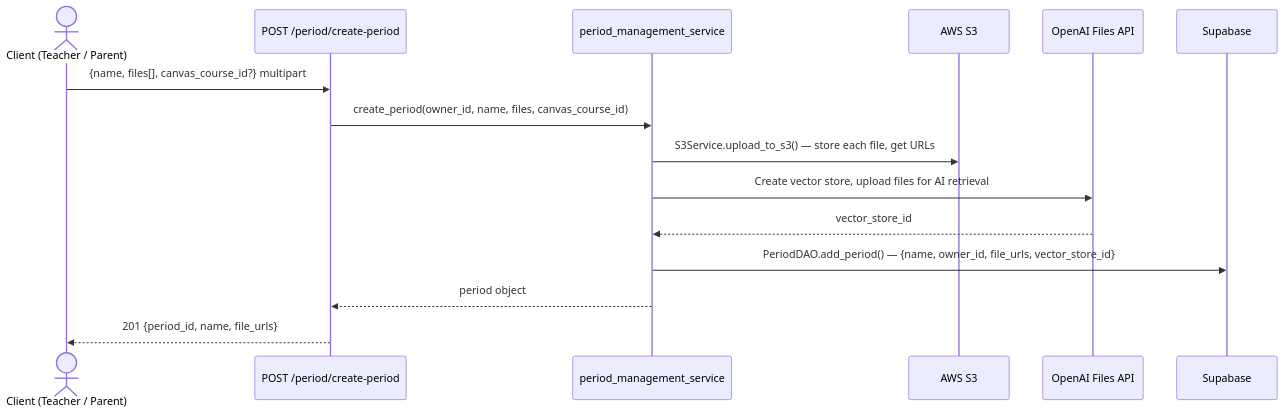
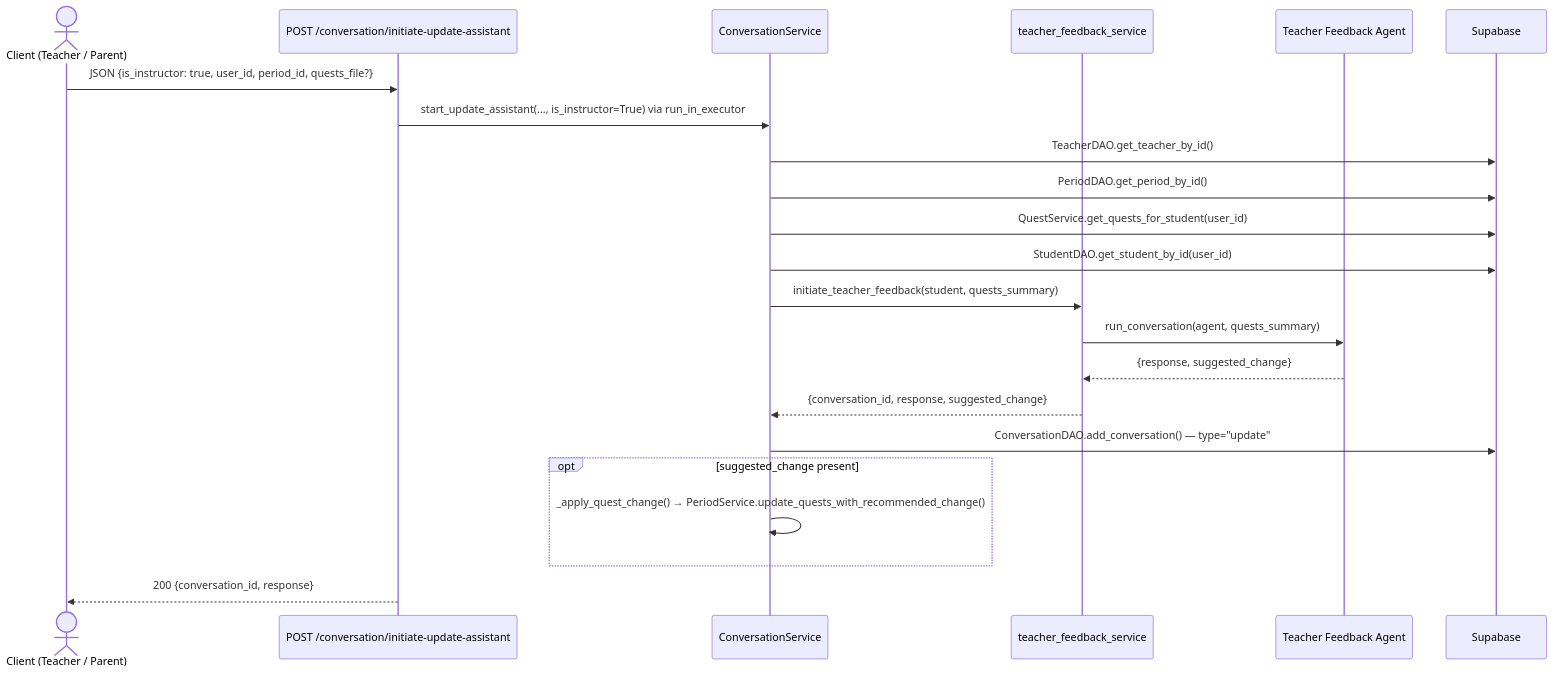
One commit to EduQuest-AI-Inc/eduquest-backend changed the ninth of 31 diagrams in ARCHITECTURE.md. Above: the diagram before and after it, drawn with Mermaid. The commit also changed other lines of this file and 8 other files, not shown here.

````diff
--- a/ARCHITECTURE.md
+++ b/ARCHITECTURE.md
@@ -291,18 +377,25 @@
 ```mermaid
 sequenceDiagram
     actor T as Client (Teacher / Parent)
-    participant R as POST /period/create-period
-    participant S as period_management_service
-    participant S3 as AWS S3
-    participant OAI as OpenAI Files API
+    participant R as POST /conversation/initiate-update-assistant
+    participant S as ConversationService
+    participant TFS as teacher_feedback_service
+    participant AI as Teacher Feedback Agent
     participant DB as Supabase
 
-    T->>R: {name, files[], canvas_course_id?}  multipart
-    R->>S: create_period(owner_id, name, files, canvas_course_id)
-    S->>S3: S3Service.upload_to_s3() — store each file, get URLs
-    S->>OAI: Create vector store, upload files for AI retrieval
-    OAI-->>S: vector_store_id
-    S->>DB: PeriodDAO.add_period()  — {name, owner_id, file_urls, vector_store_id}
-    S-->>R: period object
-    R-->>T: 201  {period_id, name, file_urls}
+    T->>R: JSON {is_instructor: true, user_id, period_id, quests_file?}
+    R->>S: start_update_assistant(..., is_instructor=True) via run_in_executor
+    S->>DB: TeacherDAO.get_teacher_by_id()
+    S->>DB: PeriodDAO.get_period_by_id()
+    S->>DB: QuestService.get_quests_for_student(user_id)
+    S->>DB: StudentDAO.get_student_by_id(user_id)
+    S->>TFS: initiate_teacher_feedback(student, quests_summary)
+    TFS->>AI: run_conversation(agent, quests_summary)
+    AI-->>TFS: {response, suggested_change}
+    TFS-->>S: {conversation_id, response, suggested_change}
+    S->>DB: ConversationDAO.add_conversation() — type="update"
+    opt suggested_change present
+        S->>S: _apply_quest_change() → PeriodService.update_quests_with_recommended_change()
+    end
+    R-->>T: 200 {conversation_id, response}
 ```
````
